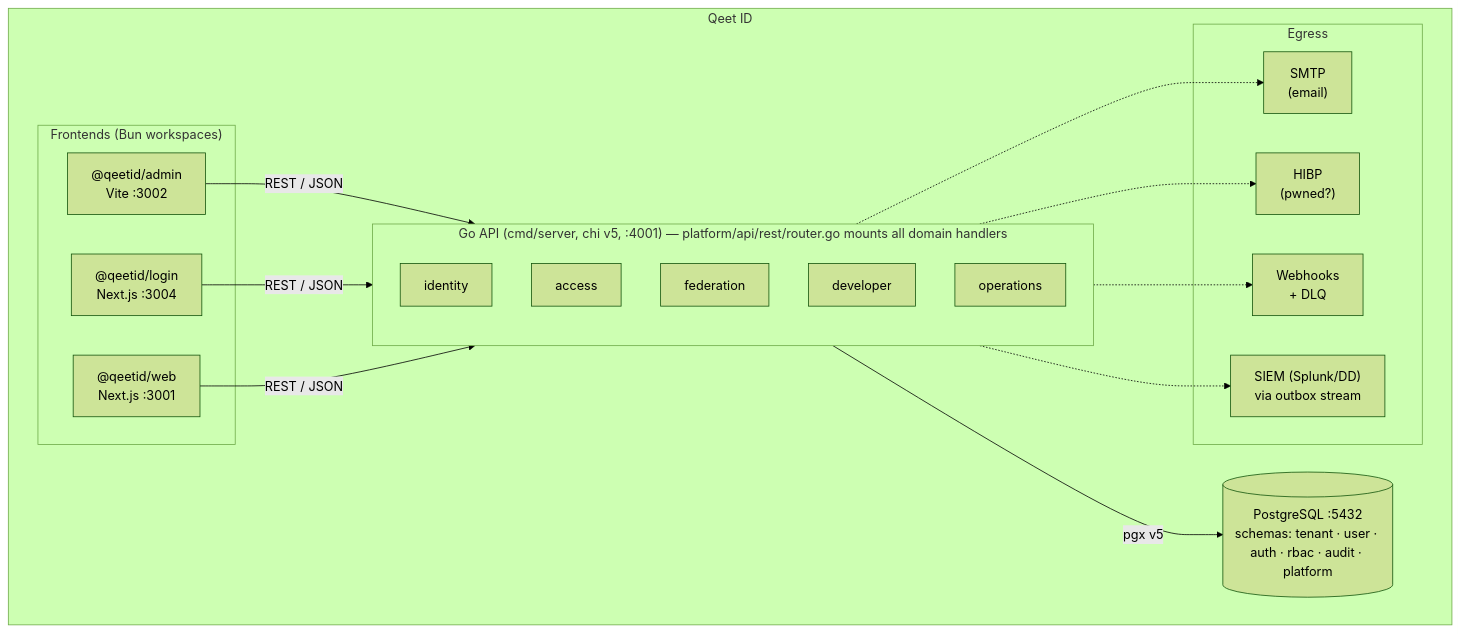
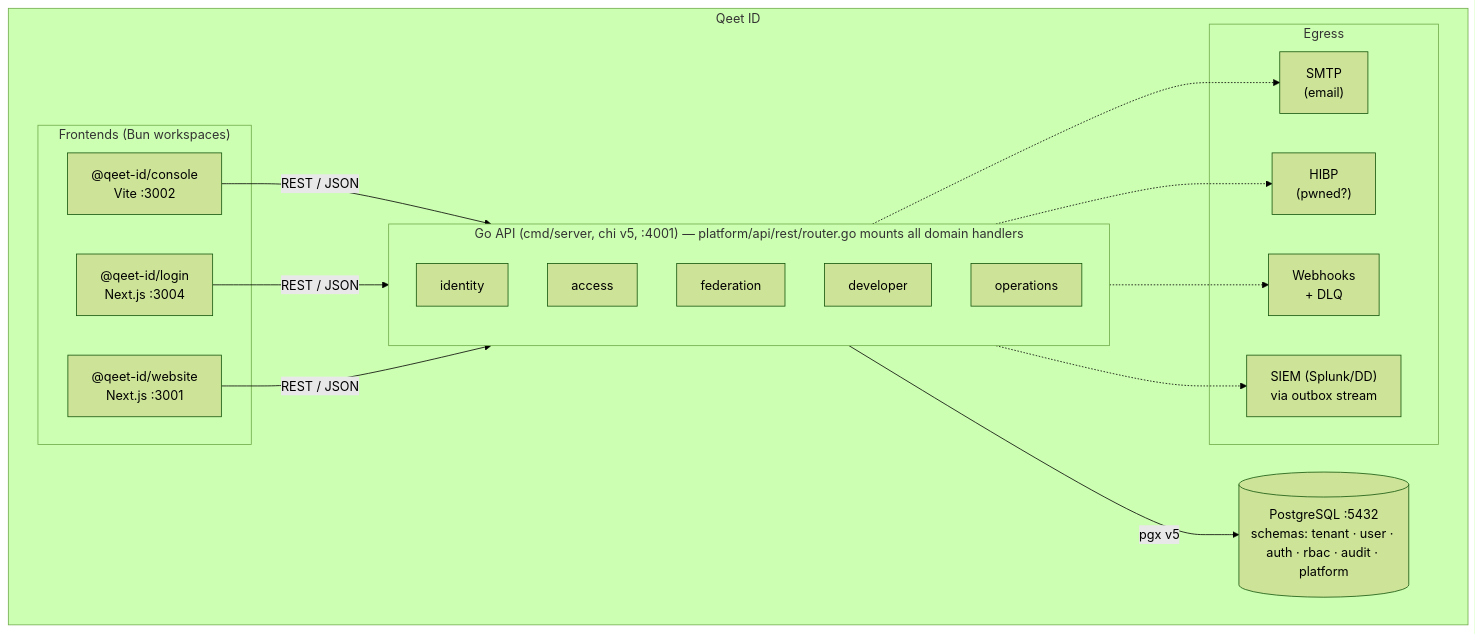
The second of 2 diagrams in docs/architecture/01-system-overview.md (qeetgroup/qeet-id-server), drawn with Mermaid (forest theme) before and after one commit. The commit also changed 256 other files, not shown here.

````diff
--- a/docs/architecture/01-system-overview.md
+++ b/docs/architecture/01-system-overview.md
@@ -31,32 +31,32 @@
 ```mermaid
 flowchart TB
     subgraph qeetid["Qeet ID"]
         subgraph fe["Frontends (Bun workspaces)"]
-            admin["@qeetid/admin<br/>Vite :3002"]
-            login["@qeetid/login<br/>Next.js :3004"]
-            web["@qeetid/web<br/>Next.js :3001"]
+            admin["@qeet-id/console<br/>Vite :3002"]
+            login["@qeet-id/login<br/>Next.js :3004"]
+            web["@qeet-id/website<br/>Next.js :3001"]
         end
         subgraph api["Go API (cmd/server, chi v5, :4001) — platform/api/rest/router.go mounts all domain handlers"]
             identity["identity"]
             access["access"]
             federation["federation"]
             developer["developer"]
             operations["operations"]
         end
         pg[("PostgreSQL :5432<br/>schemas: tenant · user · auth · rbac · audit · platform")]
         subgraph egress["Egress"]
             smtp["SMTP<br/>(email)"]
             hibp["HIBP<br/>(pwned?)"]
             webhooks["Webhooks<br/>+ DLQ"]
             siem["SIEM (Splunk/DD)<br/>via outbox stream"]
         end
         admin -->|REST / JSON| api
         login -->|REST / JSON| api
         web -->|REST / JSON| api
         api -->|pgx v5| pg
         api -.-> smtp
         api -.-> hibp
         api -.-> webhooks
         api -.-> siem
     end
 ```
````
